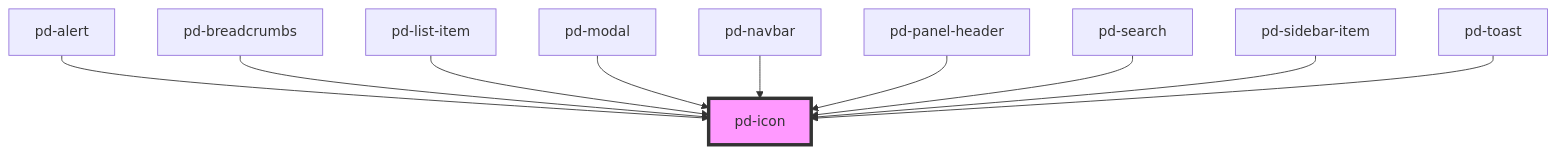
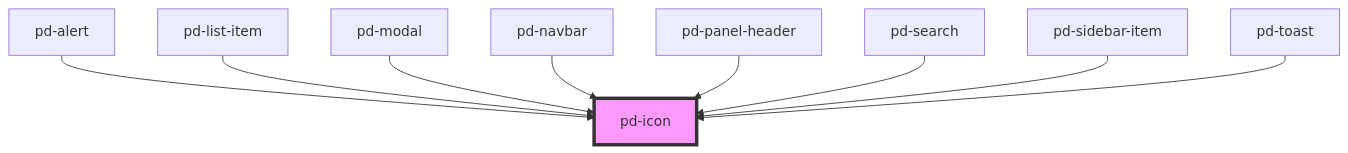
Before and after one commit to Lambda-IT/parlamentsdienste-components: the diagram in src/components/pd-icon/readme.md, drawn with Mermaid. The commit also changed other lines of this file and 21 other files, not shown here.

````diff
--- a/src/components/pd-icon/readme.md
+++ b/src/components/pd-icon/readme.md
@@ -57,13 +56,12 @@
 ```mermaid
 graph TD;
   pd-alert --> pd-icon
-  pd-breadcrumbs --> pd-icon
   pd-list-item --> pd-icon
   pd-modal --> pd-icon
   pd-navbar --> pd-icon
   pd-panel-header --> pd-icon
   pd-search --> pd-icon
   pd-sidebar-item --> pd-icon
   pd-toast --> pd-icon
   style pd-icon fill:#f9f,stroke:#333,stroke-width:4px
 ```
````
